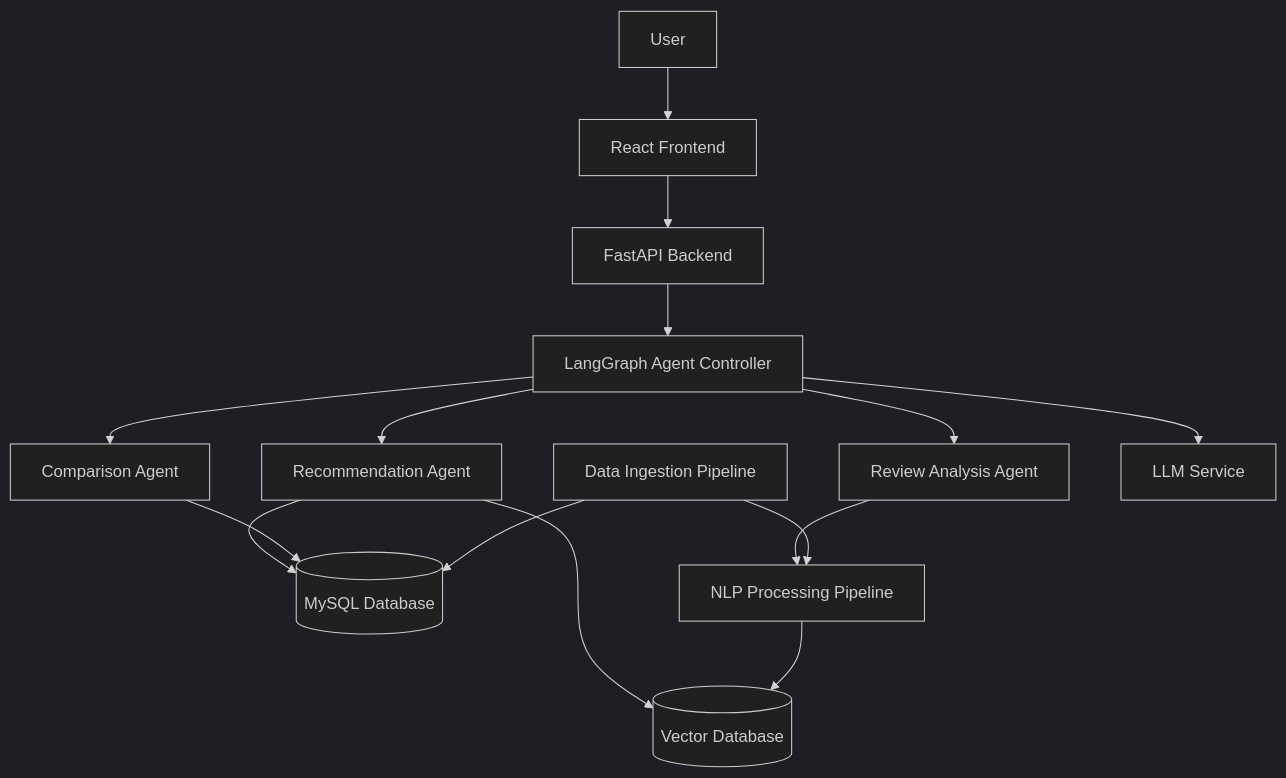
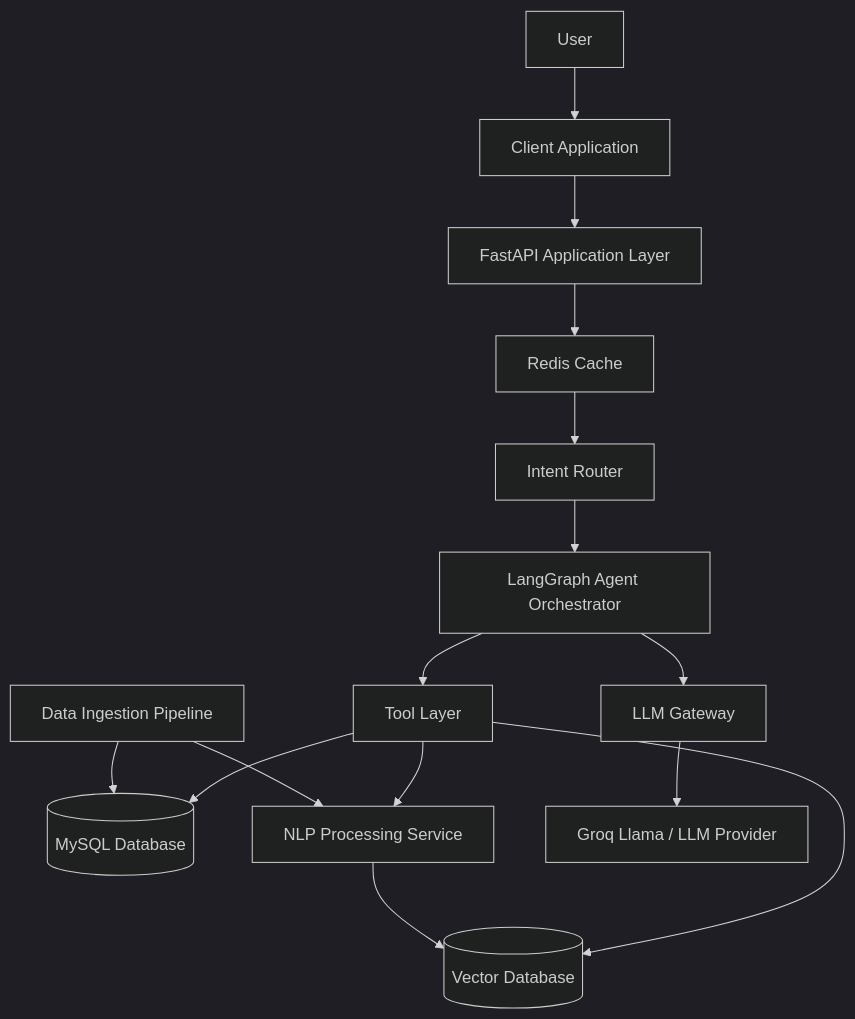
Before and after one commit to Rachit47/Arcademia-AI: the second of 25 diagrams in docs/ArcademiaAI_Software_Design_Document.md, drawn with Mermaid (dark theme). The commit also changed other lines of this file, not shown here.

````diff
--- a/docs/ArcademiaAI_Software_Design_Document.md
+++ b/docs/ArcademiaAI_Software_Design_Document.md
@@ -373,52 +474,59 @@
 ```mermaid
 flowchart TD
 
 User[User]
 
-Frontend[React Frontend]
+Client[Client Application]
 
-API[FastAPI Backend]
+API[FastAPI Application Layer]
+
+Cache[Redis Cache]
+
+Router[Intent Router]
+
+Agent[LangGraph Agent Orchestrator]
+
+Tools[Tool Layer]
+
+MySQL[(MySQL Database)]
+
+Vector[(Vector Database)]
+
+NLP[NLP Processing Service]
+
+LLMGateway[LLM Gateway]
+
+LLM[Groq Llama / LLM Provider]
 
 Ingestion[Data Ingestion Pipeline]
 
-MySQL[(MySQL Database)]
 
-NLP[NLP Processing Pipeline]
+User --> Client
 
-Vector[(Vector Database)]
+Client --> API
 
-Agent[LangGraph Agent Controller]
+API --> Cache
 
-Recommendation[Recommendation Agent]
+Cache --> Router
 
-Review[Review Analysis Agent]
+Router --> Agent
 
-Comparison[Comparison Agent]
+Agent --> Tools
 
-LLM[LLM Service]
+Tools --> MySQL
 
+Tools --> Vector
 
-User --> Frontend
+Tools --> NLP
 
-Frontend --> API
+Agent --> LLMGateway
 
-API --> Agent
-
-Agent --> Recommendation
-Agent --> Review
-Agent --> Comparison
-
-Recommendation --> MySQL
-Recommendation --> Vector
-
-Review --> NLP
-NLP --> Vector
-
-Comparison --> MySQL
-
-Agent --> LLM
+LLMGateway --> LLM
 
 
 Ingestion --> MySQL
+
 Ingestion --> NLP
+
+NLP --> Vector
 ```
````
